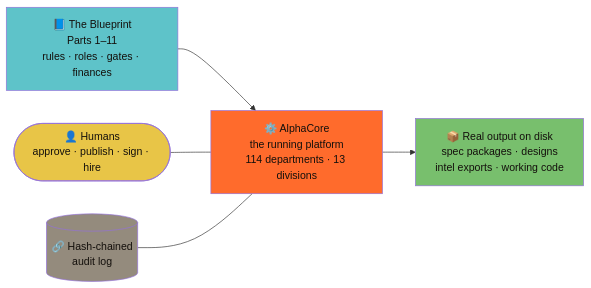
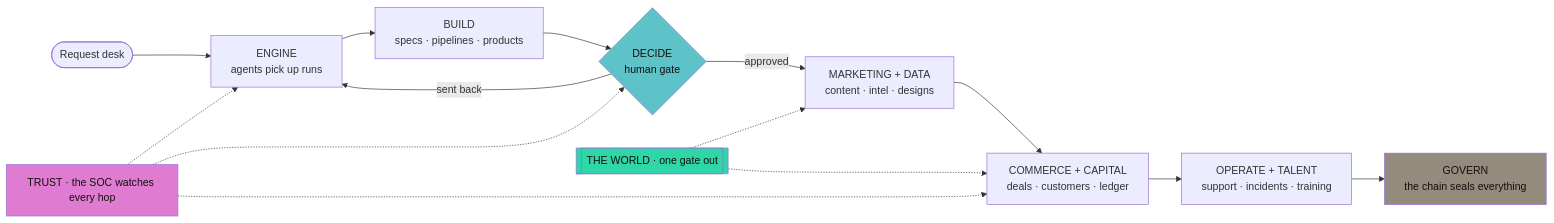
The second of 2 diagrams in README.md (itzzexe/ALPHACORE), drawn with Mermaid before and after one commit. The commit also changed other lines of this file and 197 other files, not shown here.

````diff
--- a/README.md
+++ b/README.md
@@ -9,12 +269,20 @@
 ```mermaid
 flowchart LR
-  BP["📘 The Blueprint<br/>Parts 1–11<br/>rules · roles · gates · finances"] --> CORE["⚙️ AlphaCore<br/>the running platform<br/>114 departments · 13 divisions"]
-  CORE --> OUT["📦 Real output on disk<br/>spec packages · designs<br/>intel exports · working code"]
-  HUM(["👤 Humans<br/>approve · publish · sign · hire"]) --- CORE
-  AUD[("🔗 Hash-chained<br/>audit log")] --- CORE
-  style BP fill:#5ec3c9,color:#14100c
-  style CORE fill:#ff6b2c,color:#14100c
-  style OUT fill:#78bf6d,color:#14100c
-  style HUM fill:#e8c547,color:#14100c
-  style AUD fill:#948b7d,color:#14100c
+  REQ([Request desk]) --> ENG[ENGINE<br/>agents pick up runs]
+  ENG --> BLD[BUILD<br/>specs · pipelines · products]
+  BLD --> GATE{DECIDE<br/>human gate}
+  GATE -->|approved| MKT[MARKETING + DATA<br/>content · intel · designs]
+  GATE -->|sent back| ENG
+  MKT --> COM[COMMERCE + CAPITAL<br/>deals · customers · ledger]
+  COM --> OPS[OPERATE + TALENT<br/>support · incidents · training]
+  OPS --> GOV[GOVERN<br/>the chain seals everything]
+  TRUST[TRUST · the SOC watches every hop] -.-> ENG
+  TRUST -.-> GATE
+  TRUST -.-> COM
+  WORLD[[THE WORLD · one gate out]] -.-> MKT
+  WORLD -.-> COM
+  style GATE fill:#5ec3c9,color:#14100c
+  style GOV fill:#948b7d,color:#14100c
+  style TRUST fill:#e07bd2,color:#14100c
+  style WORLD fill:#2fd6a8,color:#14100c
 ```
````
